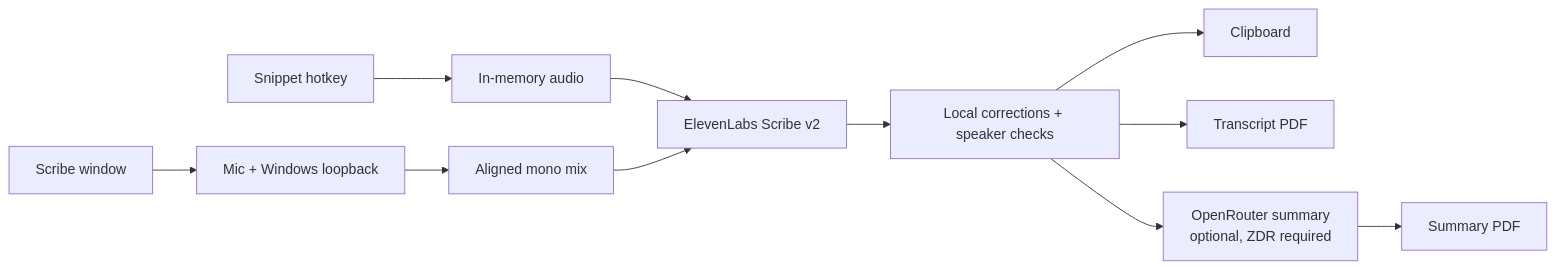
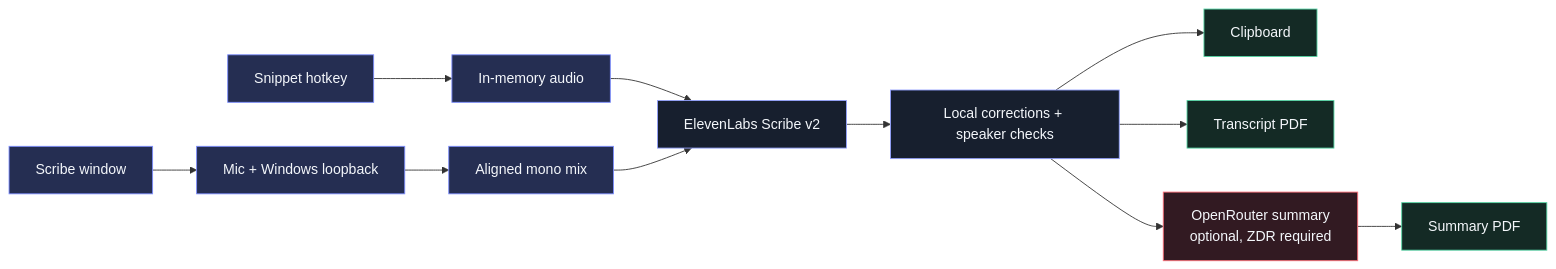
The diagram in README.md (wadyatalkinabewt/koe), drawn with Mermaid before and after one commit. The commit also changed other lines of this file, not shown here.

Commit message:
Polish the README presentation

````diff
--- a/README.md
+++ b/README.md
@@ -30,13 +33,22 @@
 ```mermaid
 flowchart LR
     H["Snippet hotkey"] --> M["In-memory audio"]
     S["Scribe window"] --> A["Mic + Windows loopback"]
     A --> X["Aligned mono mix"]
     M --> T["ElevenLabs Scribe v2"]
     X --> T
     T --> C["Local corrections + speaker checks"]
     C --> B["Clipboard"]
     C --> P["Transcript PDF"]
     C --> R["OpenRouter summary<br/>optional, ZDR required"]
     R --> Q["Summary PDF"]
+
+    classDef capture fill:#252E52,stroke:#7C8DFF,color:#F4F7FB
+    classDef core fill:#171F2E,stroke:#93A1FF,color:#F4F7FB
+    classDef output fill:#142A25,stroke:#55D6A5,color:#F4F7FB
+    classDef optional fill:#321A22,stroke:#FF6F79,color:#F4F7FB
+    class H,S,A,M,X capture
+    class T,C core
+    class B,P,Q output
+    class R optional
 ```
````
